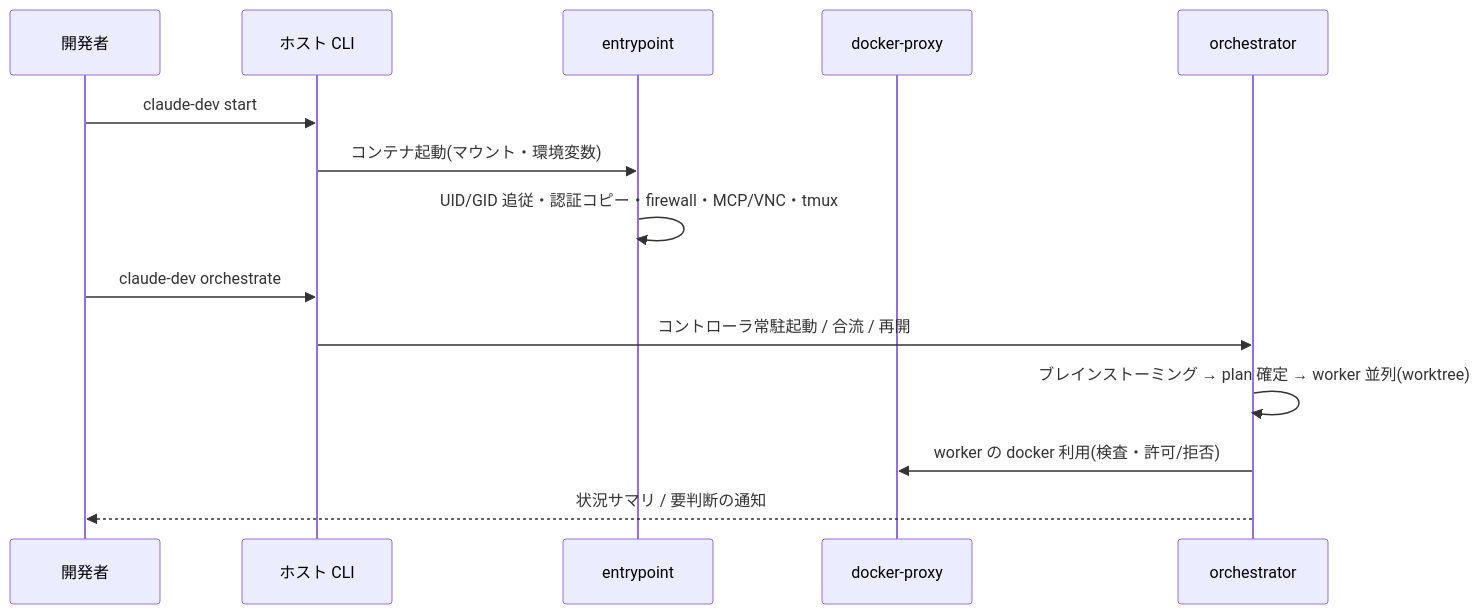
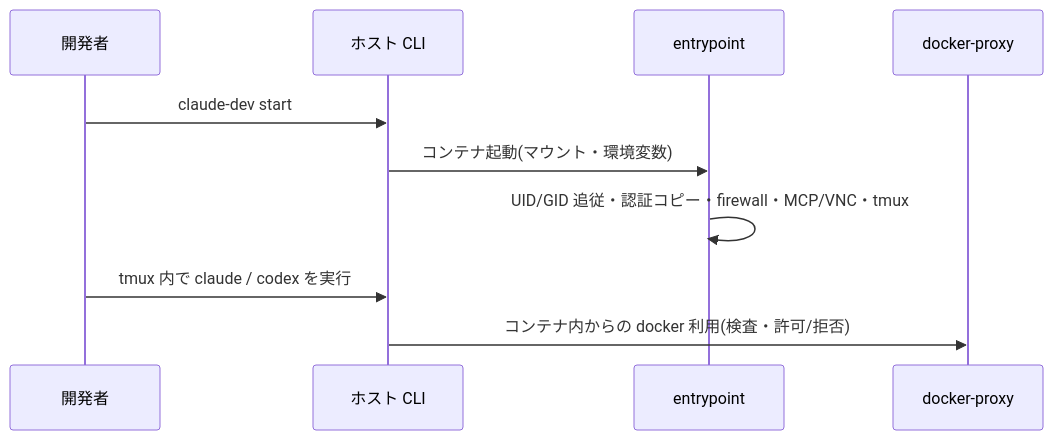
One commit to quvox/claude-dev-env changed the second of 2 diagrams in docs/02-design/architecture.md. Above: the diagram before and after it, drawn with Mermaid. The commit also changed other lines of this file and 782 other files, not shown here.

````diff
--- a/docs/02-design/architecture.md
+++ b/docs/02-design/architecture.md
@@ -170,16 +152,12 @@
 ```mermaid
 sequenceDiagram
   participant U as 開発者
   participant CLI as ホスト CLI
   participant EP as entrypoint
   participant DP as docker-proxy
-  participant O as orchestrator
   U->>CLI: claude-dev start
   CLI->>EP: コンテナ起動(マウント・環境変数)
   EP->>EP: UID/GID 追従・認証コピー・firewall・MCP/VNC・tmux
-  U->>CLI: claude-dev orchestrate
-  CLI->>O: コントローラ常駐起動 / 合流 / 再開
-  O->>O: ブレインストーミング → plan 確定 → worker 並列(worktree)
-  O->>DP: worker の docker 利用(検査・許可/拒否)
-  O-->>U: 状況サマリ / 要判断の通知
+  U->>CLI: tmux 内で claude / codex を実行
+  CLI->>DP: コンテナ内からの docker 利用(検査・許可/拒否)
 ```
````
